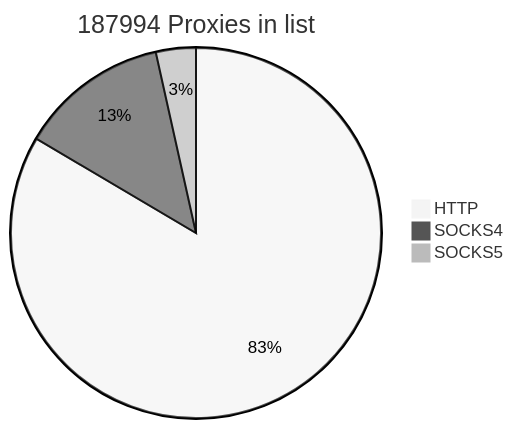
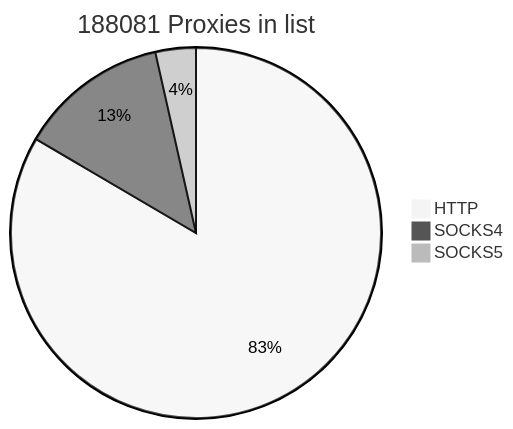
Before and after one commit to cutipu/proxylist: the first of 2 diagrams in README.md, drawn with Mermaid (neutral theme). The commit also changed other lines of this file, not shown here.

````diff
--- a/README.md
+++ b/README.md
@@ -2,7 +2,7 @@
 ```mermaid
-pie title 187994 Proxies in list
-    "HTTP" : 156948
-    "SOCKS4" : 24495
-    "SOCKS5" : 6551
+pie title 188081 Proxies in list
+    "HTTP" : 156950
+    "SOCKS4" : 24497
+    "SOCKS5" : 6634
             
 ```
````
